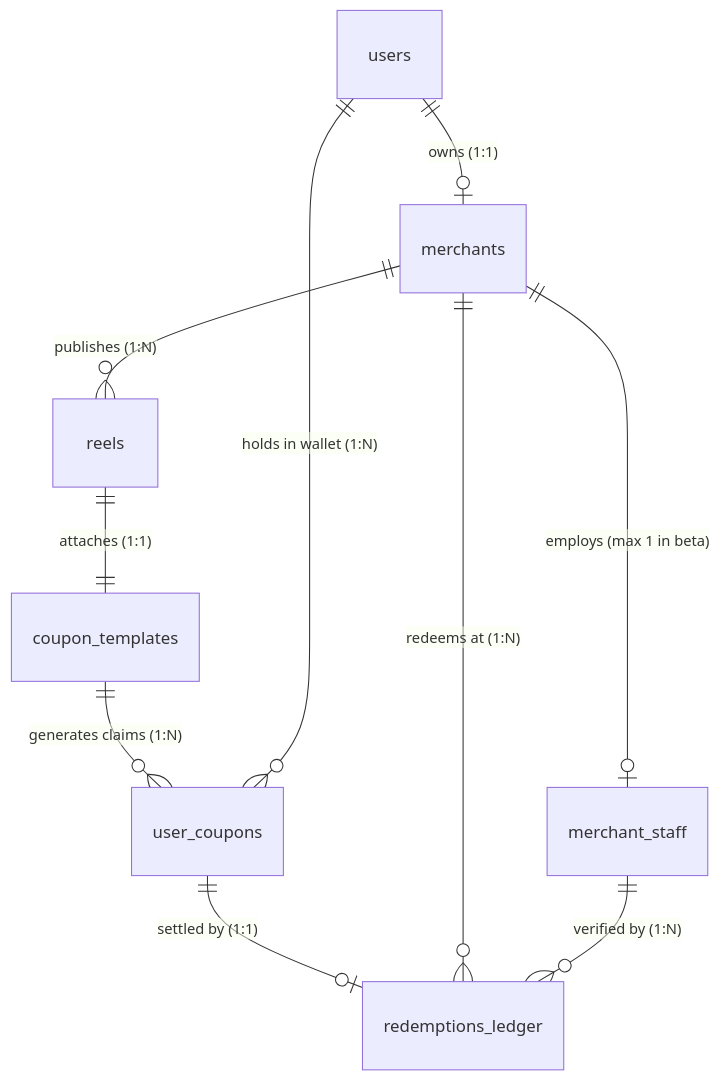
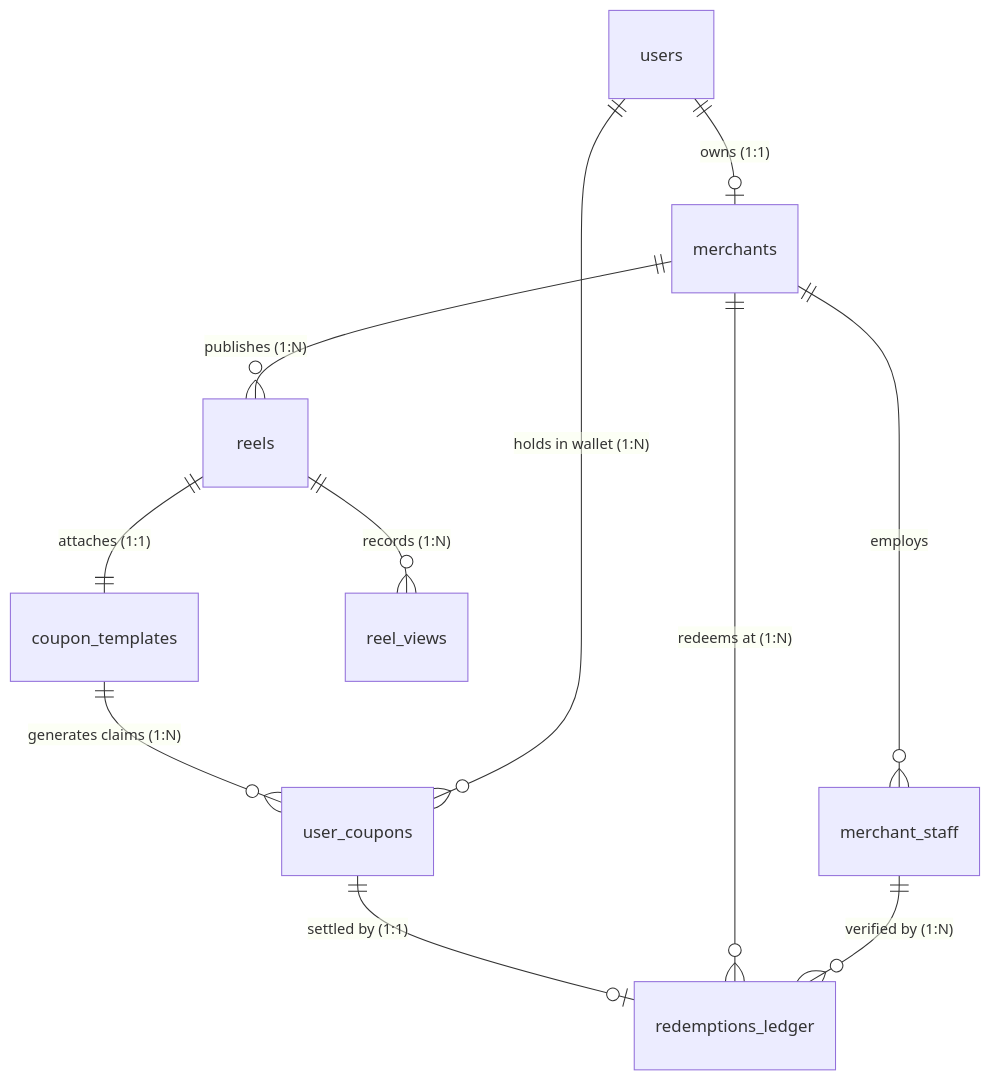
One commit to sudarshankakde/Fyndo changed the first of 6 diagrams in backend/docs/backend_schema_and_flow_guide.md. Above: the diagram before and after it, drawn with Mermaid. The commit also changed other lines of this file and 35 other files, not shown here.

````diff
--- a/backend/docs/backend_schema_and_flow_guide.md
+++ b/backend/docs/backend_schema_and_flow_guide.md
@@ -14,12 +14,13 @@
 ```mermaid
 erDiagram
     users ||--o| merchants : "owns (1:1)"
-    merchants ||--o| merchant_staff : "employs (max 1 in beta)"
+    merchants ||--o{ merchant_staff : "employs"
     merchants ||--o{ reels : "publishes (1:N)"
     reels ||--|| coupon_templates : "attaches (1:1)"
     coupon_templates ||--o{ user_coupons : "generates claims (1:N)"
     users ||--o{ user_coupons : "holds in wallet (1:N)"
     user_coupons ||--o| redemptions_ledger : "settled by (1:1)"
     merchants ||--o{ redemptions_ledger : "redeems at (1:N)"
     merchant_staff ||--o{ redemptions_ledger : "verified by (1:N)"
+    reels ||--o{ reel_views : "records (1:N)"
 ```
````
